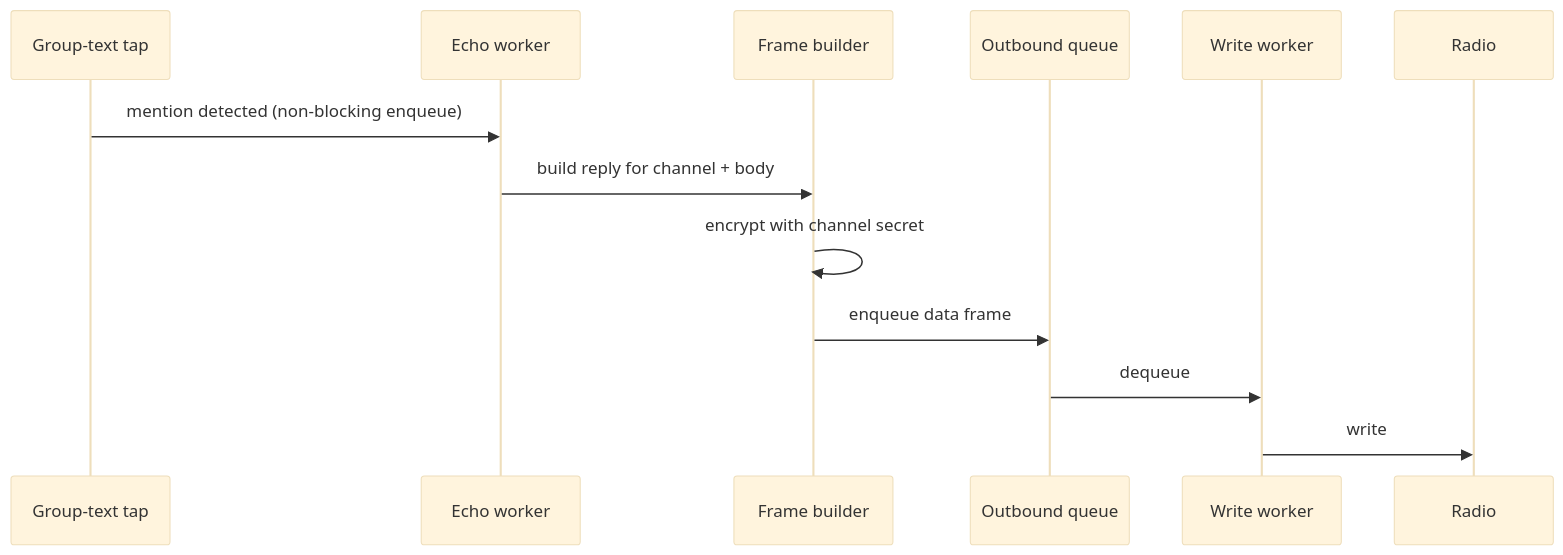
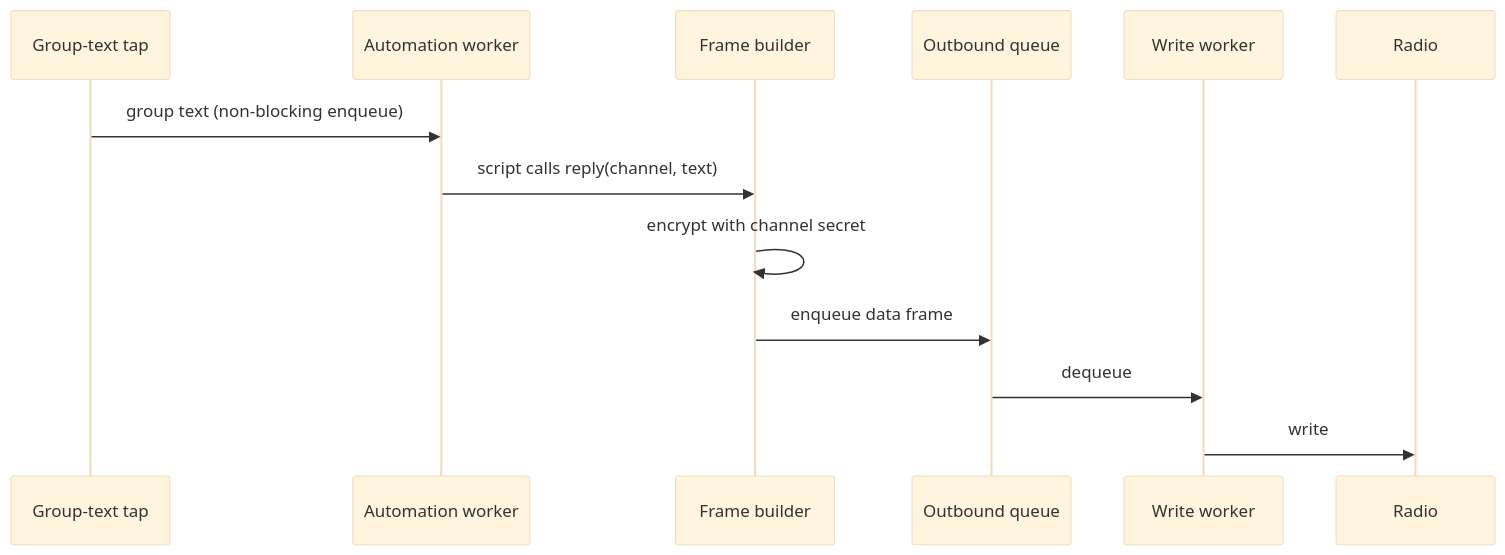
Before and after one commit to MauriceKremer/kam: diagram 11 of 17 in docs/DESIGN.md, drawn with Mermaid (base theme). The commit also changed other lines of this file and 80 other files, not shown here.

````diff
--- a/docs/DESIGN.md
+++ b/docs/DESIGN.md
@@ -405,16 +420,16 @@
 ```mermaid
 sequenceDiagram
     participant Tap as Group-text tap
-    participant Echo as Echo worker
+    participant Auto as Automation worker
     participant Builder as Frame builder
     participant TxQ as Outbound queue
     participant Write as Write worker
     participant Radio
 
-    Tap->>Echo: mention detected (non-blocking enqueue)
-    Echo->>Builder: build reply for channel + body
+    Tap->>Auto: group text (non-blocking enqueue)
+    Auto->>Builder: script calls reply(channel, text)
     Builder->>Builder: encrypt with channel secret
     Builder->>TxQ: enqueue data frame
     TxQ->>Write: dequeue
     Write->>Radio: write
 ```
````
